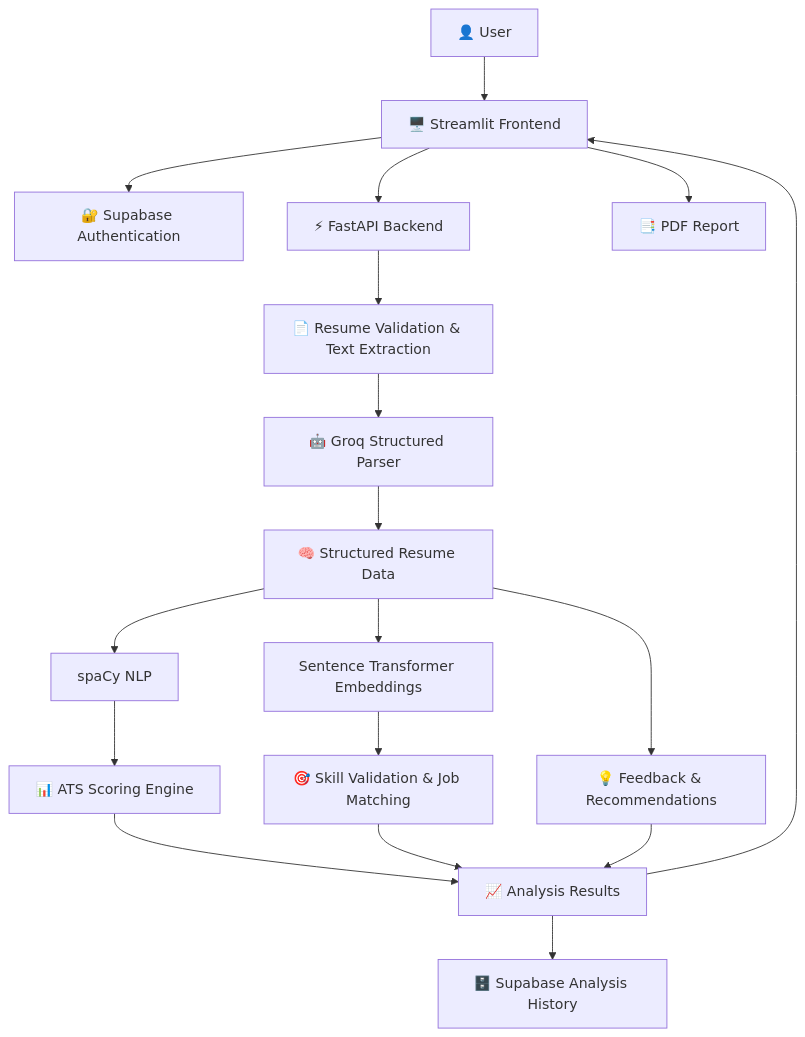
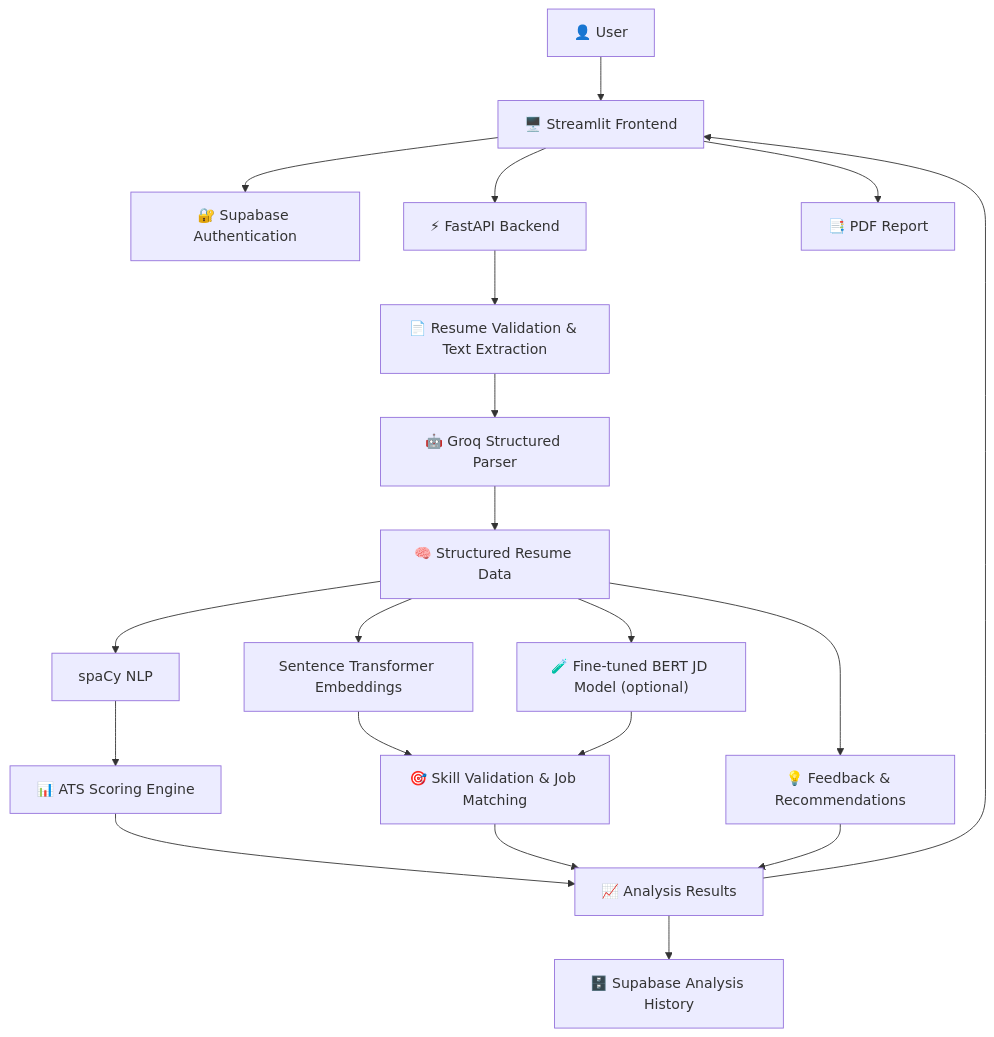
One commit to dileepkumar2626/ATS_Scorer_App changed the diagram in README.md. Above: the diagram before and after it, drawn with Mermaid. The commit also changed other lines of this file, not shown here.

````diff
--- a/README.md
+++ b/README.md
@@ -136,20 +138,22 @@
 ```mermaid
 flowchart TD
     A["👤 User"] --> B["🖥️ Streamlit Frontend"]
     B --> C["🔐 Supabase Authentication"]
     B --> D["⚡ FastAPI Backend"]
     D --> E["📄 Resume Validation & Text Extraction"]
     E --> F["🤖 Groq Structured Parser"]
     F --> G["🧠 Structured Resume Data"]
     G --> H["spaCy NLP"]
     G --> I["Sentence Transformer Embeddings"]
+    G --> P["🧪 Fine-tuned BERT JD Model (optional)"]
     H --> J["📊 ATS Scoring Engine"]
     I --> K["🎯 Skill Validation & Job Matching"]
+    P --> K
     G --> L["💡 Feedback & Recommendations"]
     J --> M["📈 Analysis Results"]
     K --> M
     L --> M
     M --> N["🗄️ Supabase Analysis History"]
     M --> B
     B --> O["📑 PDF Report"]
 ```
````
